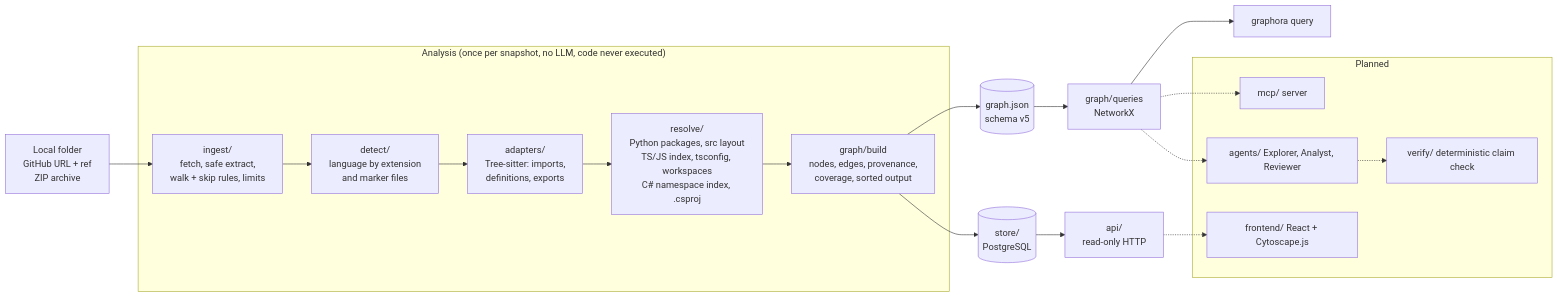
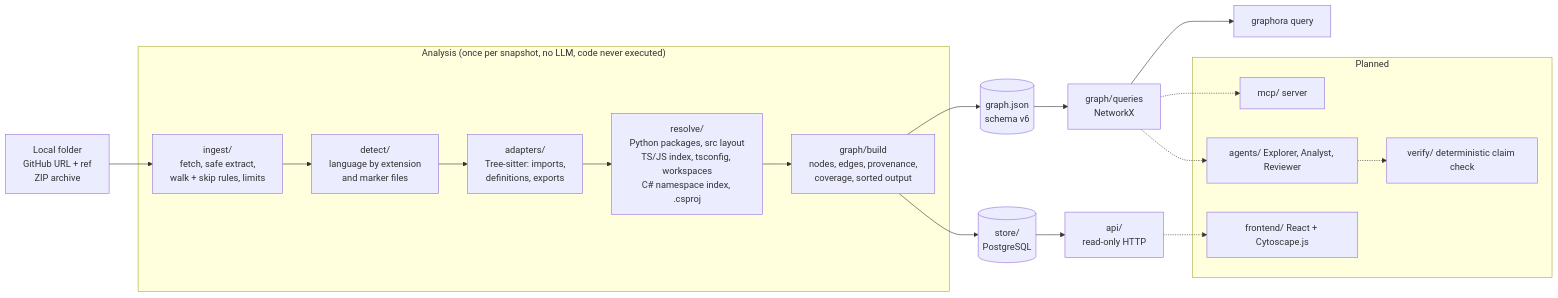
The first of 3 diagrams in README.md (ulyanafrolova/graphora-AI), drawn with Mermaid before and after one commit. The commit also changed other lines of this file and 5 other files, not shown here.

````diff
--- a/README.md
+++ b/README.md
@@ -68,33 +69,33 @@
 ```mermaid
 flowchart LR
     src["Local folder<br/>GitHub URL + ref<br/>ZIP archive"]
 
     subgraph analyze["Analysis (once per snapshot, no LLM, code never executed)"]
         ingest["ingest/<br/>fetch, safe extract,<br/>walk + skip rules, limits"]
         detect["detect/<br/>language by extension<br/>and marker files"]
         adapters["adapters/<br/>Tree-sitter: imports,<br/>definitions, exports"]
         resolve["resolve/<br/>Python packages, src layout<br/>TS/JS index, tsconfig, workspaces<br/>C# namespace index, .csproj"]
         build["graph/build<br/>nodes, edges, provenance,<br/>coverage, sorted output"]
         ingest --> detect --> adapters --> resolve --> build
     end
 
     src --> ingest
-    build --> json[("graph.json<br/>schema v5")]
+    build --> json[("graph.json<br/>schema v6")]
     build --> store[("store/<br/>PostgreSQL")]
 
     json --> queries["graph/queries<br/>NetworkX"]
     queries --> cli["graphora query"]
     store --> api["api/<br/>read-only HTTP"]
 
     subgraph next["Planned"]
         mcp["mcp/ server"]
         agents["agents/ Explorer, Analyst, Reviewer"]
         verify["verify/ deterministic claim check"]
         ui["frontend/ React + Cytoscape.js"]
     end
 
     queries -.-> mcp
     queries -.-> agents
     agents -.-> verify
     api -.-> ui
 ```
````
